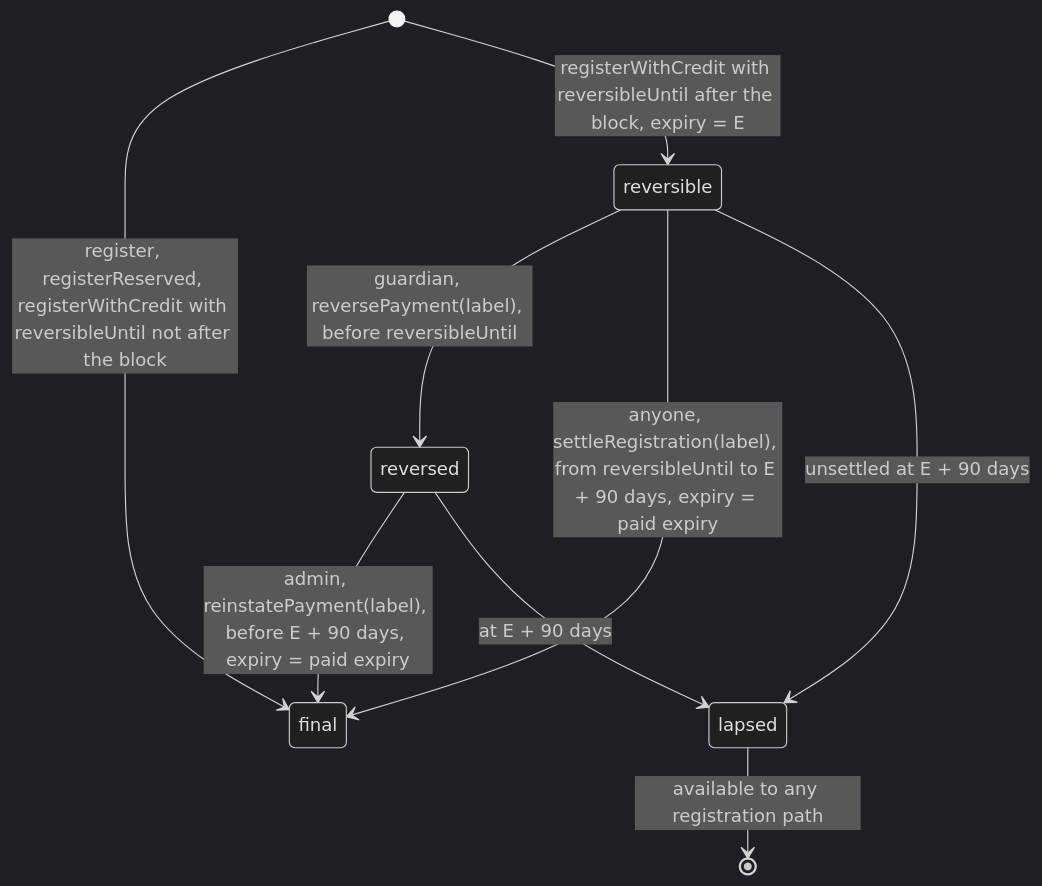
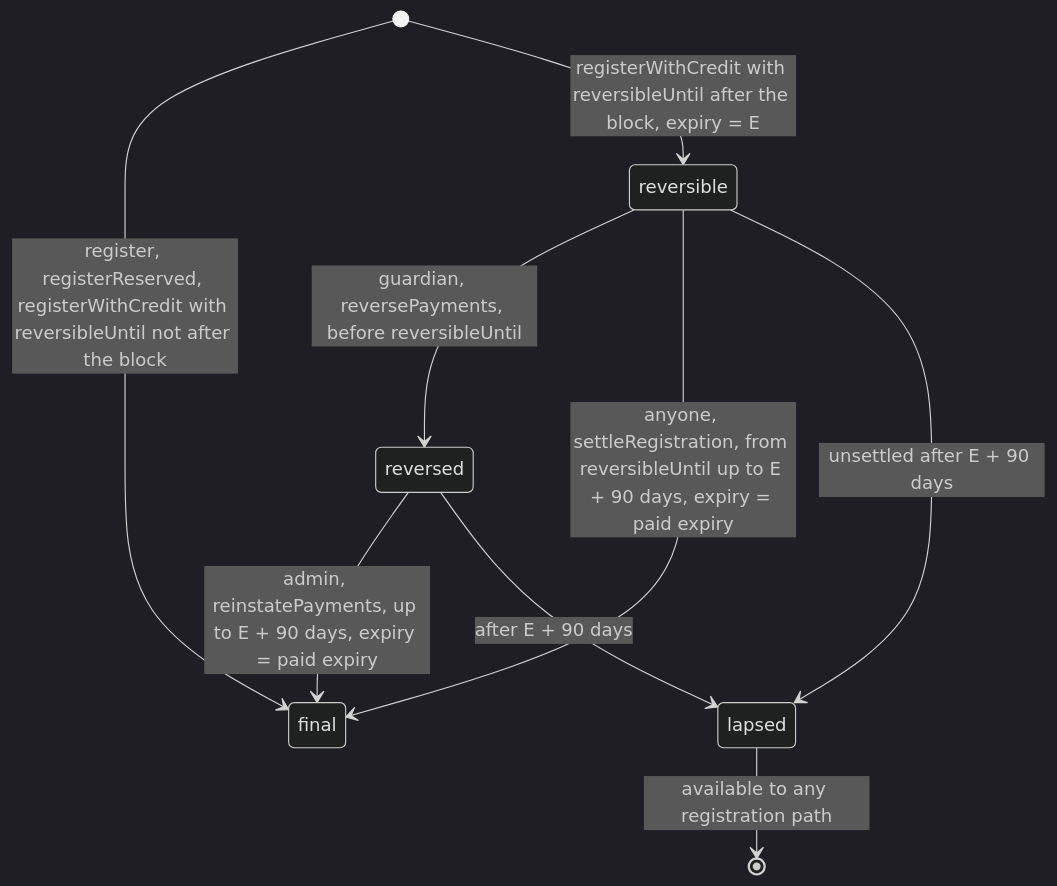
One commit to brenzi-agent/simplex-namespace-contract changed the first of 6 diagrams in docs/plans/payment-reversal.md. Above: the diagram before and after it, drawn with Mermaid (dark theme). The commit also changed other lines of this file, not shown here.

````diff
--- a/docs/plans/payment-reversal.md
+++ b/docs/plans/payment-reversal.md
@@ -53,11 +53,11 @@
 ```mermaid
 stateDiagram-v2
   [*] --> final: register, registerReserved, registerWithCredit with reversibleUntil not after the block
   [*] --> reversible: registerWithCredit with reversibleUntil after the block, expiry = E
-  reversible --> reversed: guardian, reversePayment(label), before reversibleUntil
-  reversed --> final: admin, reinstatePayment(label), before E + 90 days, expiry = paid expiry
-  reversible --> final: anyone, settleRegistration(label), from reversibleUntil to E + 90 days, expiry = paid expiry
-  reversible --> lapsed: unsettled at E + 90 days
-  reversed --> lapsed: at E + 90 days
+  reversible --> reversed: guardian, reversePayments, before reversibleUntil
+  reversed --> final: admin, reinstatePayments, up to E + 90 days, expiry = paid expiry
+  reversible --> final: anyone, settleRegistration, from reversibleUntil up to E + 90 days, expiry = paid expiry
+  reversible --> lapsed: unsettled after E + 90 days
+  reversed --> lapsed: after E + 90 days
   lapsed --> [*]: available to any registration path
 ```
````
